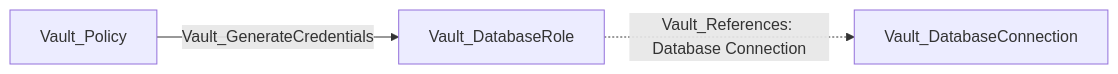
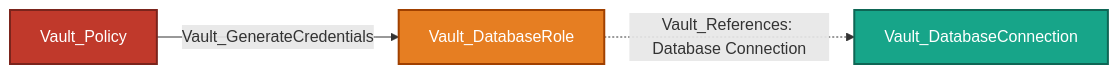
One commit to bytewreck/opengraph-vault changed the eighth of 29 diagrams in Documentation/stores/MOUNTS.md. Above: the diagram before and after it, drawn with Mermaid. The commit also changed other lines of this file and 4 other files, not shown here.

````diff
--- a/Documentation/stores/MOUNTS.md
+++ b/Documentation/stores/MOUNTS.md
@@ -257,5 +285,9 @@
 ```mermaid
 flowchart LR
-    policy[Vault_Policy] -->|Vault_GenerateCredentials| role[Vault_DatabaseRole]
-    role -.->|Vault_References: Database Connection| connection[Vault_DatabaseConnection]
+    policy[Vault_Policy]:::policyNode -->|Vault_GenerateCredentials| role[Vault_DatabaseRole]:::secretObjectNode
+    role -.->|Vault_References: Database Connection| connection[Vault_DatabaseConnection]:::referenceNode
+
+    classDef policyNode fill:#C0392B,color:#fff,stroke:#7B241C,stroke-width:2px
+    classDef secretObjectNode fill:#E67E22,color:#fff,stroke:#A04000,stroke-width:2px
+    classDef referenceNode fill:#17A589,color:#fff,stroke:#0E6655,stroke-width:2px
 ```
````
